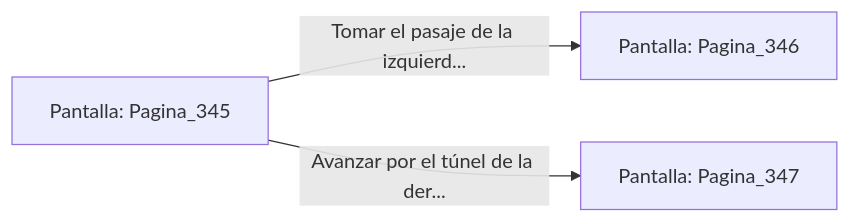
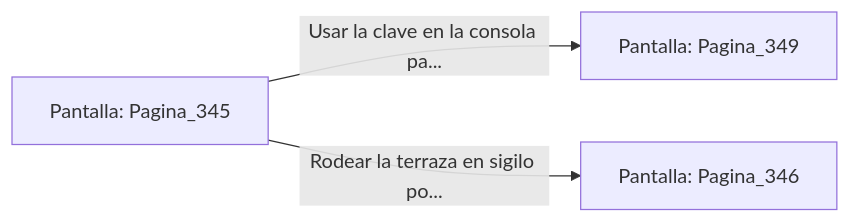
Before and after one commit to metsuke/mpl: the diagram in sample/eligejuego-vault/Pantalla_Pagina_345.md, drawn with Mermaid. The commit also changed other lines of this file and 635 other files, not shown here.

First line of the commit message:
fix: añadir Pagina_1 como pantalla inicial en capitulo_01.mpl

````diff
--- a/sample/eligejuego-vault/Pantalla_Pagina_345.md
+++ b/sample/eligejuego-vault/Pantalla_Pagina_345.md
@@ -20,6 +24,6 @@
 ```mermaid
 graph LR
     P_Pagina_345["Pantalla: Pagina_345"]
-    P_Pagina_345 -->|"Tomar el pasaje de la izquierd..."| P_Pagina_346["Pantalla: Pagina_346"]
-    P_Pagina_345 -->|"Avanzar por el túnel de la der..."| P_Pagina_347["Pantalla: Pagina_347"]
+    P_Pagina_345 -->|"Usar la clave en la consola pa..."| P_Pagina_349["Pantalla: Pagina_349"]
+    P_Pagina_345 -->|"Rodear la terraza en sigilo po..."| P_Pagina_346["Pantalla: Pagina_346"]
 ```
````
